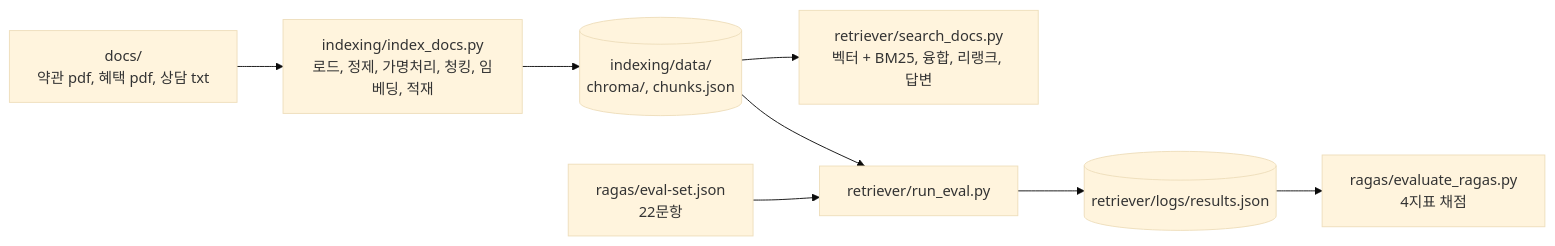
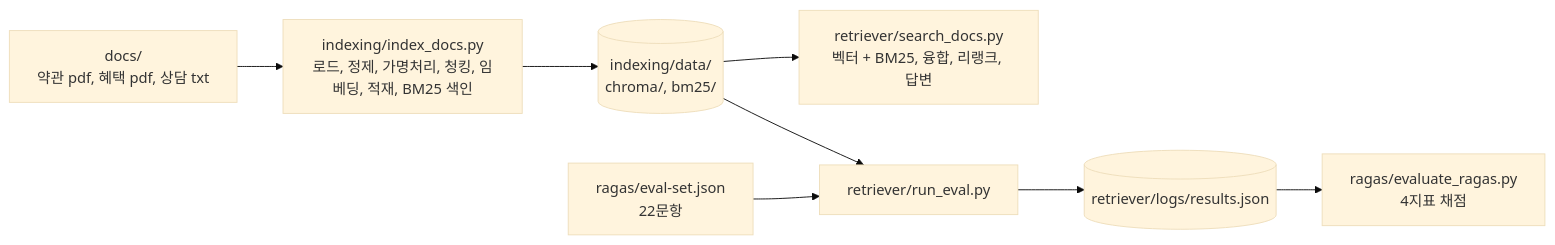
The diagram in hands-on/solutions/rag/README.md (unicorn-campus/hybrid-ai), drawn with Mermaid (base theme) before and after one commit. The commit also changed other lines of this file and 12 other files, not shown here.

First line of the commit message:
BM25 색인을 인덱싱 7단계(bm25s)로 옮기고 chunks.json 폐지

````diff
--- a/hands-on/solutions/rag/README.md
+++ b/hands-on/solutions/rag/README.md
@@ -9,10 +9,10 @@
 ```mermaid
 flowchart LR
-    DOCS[docs/<br/>약관 pdf, 혜택 pdf, 상담 txt] --> IDX[indexing/index_docs.py<br/>로드, 정제, 가명처리, 청킹, 임베딩, 적재]
-    IDX --> DATA[(indexing/data/<br/>chroma/, chunks.json)]
+    DOCS[docs/<br/>약관 pdf, 혜택 pdf, 상담 txt] --> IDX[indexing/index_docs.py<br/>로드, 정제, 가명처리, 청킹, 임베딩, 적재, BM25 색인]
+    IDX --> DATA[(indexing/data/<br/>chroma/, bm25/)]
     DATA --> RET[retriever/search_docs.py<br/>벡터 + BM25, 융합, 리랭크, 답변]
     EVAL[ragas/eval-set.json<br/>22문항] --> RUN[retriever/run_eval.py]
     DATA --> RUN
     RUN --> LOG[(retriever/logs/results.json)]
     LOG --> RAG[ragas/evaluate_ragas.py<br/>4지표 채점]
 ```
````
